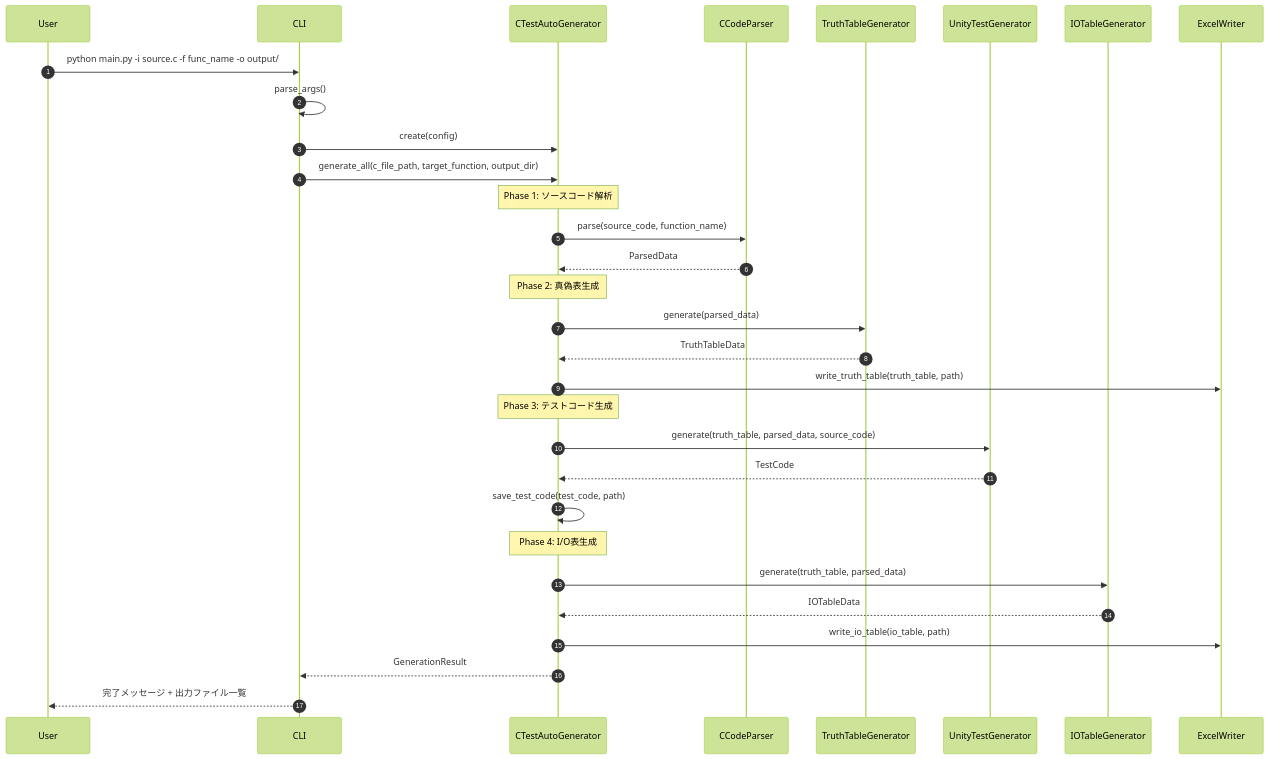
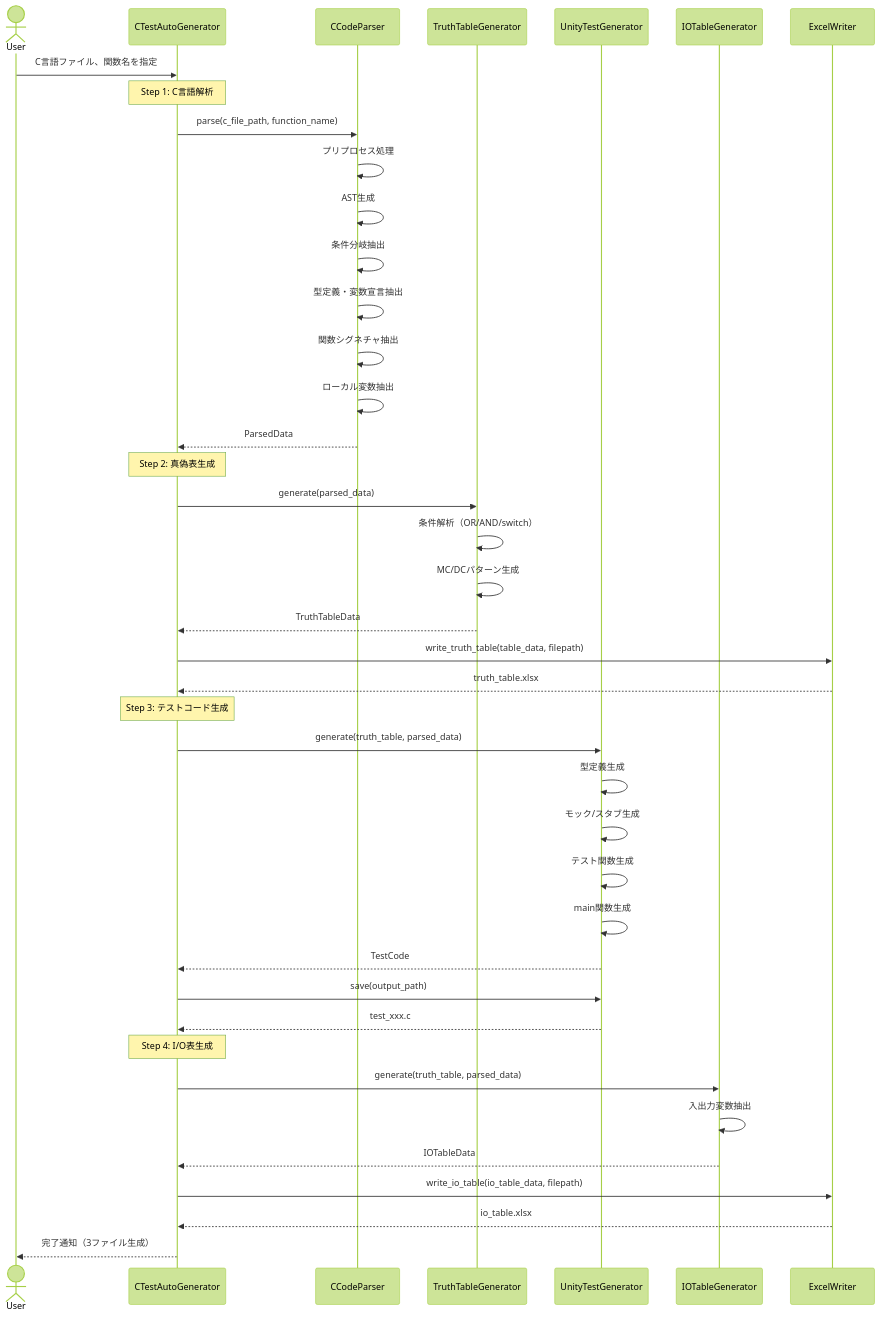
One commit to ryu5791/AutoUniTestGen changed the first of 8 diagrams in doc/design_sequence_diagram.md. Above: the diagram before and after it, drawn with Mermaid (forest theme). The commit also changed other lines of this file and 5 other files, not shown here.

````diff
--- a/doc/design_sequence_diagram.md
+++ b/doc/design_sequence_diagram.md
@@ -10,39 +5,52 @@
 ```mermaid
 sequenceDiagram
-    autonumber
-    participant User
-    participant CLI
-    participant Generator as CTestAutoGenerator
+    actor User
+    participant Main as CTestAutoGenerator
     participant Parser as CCodeParser
-    participant TruthGen as TruthTableGenerator
+    participant TruthTable as TruthTableGenerator
     participant TestGen as UnityTestGenerator
-    participant IOGen as IOTableGenerator
+    participant IOTable as IOTableGenerator
     participant Excel as ExcelWriter
+
+    User->>Main: C言語ファイル、関数名を指定
     
-    User->>CLI: python main.py -i source.c -f func_name -o output/
-    CLI->>CLI: parse_args()
-    CLI->>Generator: create(config)
-    CLI->>Generator: generate_all(c_file_path, target_function, output_dir)
+    Note over Main: Step 1: C言語解析
+    Main->>Parser: parse(c_file_path, function_name)
+    Parser->>Parser: プリプロセス処理
+    Parser->>Parser: AST生成
+    Parser->>Parser: 条件分岐抽出
+    Parser->>Parser: 型定義・変数宣言抽出
+    Parser->>Parser: 関数シグネチャ抽出
+    Parser->>Parser: ローカル変数抽出
+    Parser-->>Main: ParsedData
     
-    Note over Generator: Phase 1: ソースコード解析
-    Generator->>Parser: parse(source_code, function_name)
-    Parser-->>Generator: ParsedData
+    Note over Main: Step 2: 真偽表生成
+    Main->>TruthTable: generate(parsed_data)
+    TruthTable->>TruthTable: 条件解析（OR/AND/switch）
+    TruthTable->>TruthTable: MC/DCパターン生成
+    TruthTable-->>Main: TruthTableData
     
-    Note over Generator: Phase 2: 真偽表生成
-    Generator->>TruthGen: generate(parsed_data)
-    TruthGen-->>Generator: TruthTableData
-    Generator->>Excel: write_truth_table(truth_table, path)
+    Main->>Excel: write_truth_table(table_data, filepath)
+    Excel-->>Main: truth_table.xlsx
     
-    Note over Generator: Phase 3: テストコード生成
-    Generator->>TestGen: generate(truth_table, parsed_data, source_code)
-    TestGen-->>Generator: TestCode
-    Generator->>Generator: save_test_code(test_code, path)
+    Note over Main: Step 3: テストコード生成
+    Main->>TestGen: generate(truth_table, parsed_data)
+    TestGen->>TestGen: 型定義生成
+    TestGen->>TestGen: モック/スタブ生成
+    TestGen->>TestGen: テスト関数生成
+    TestGen->>TestGen: main関数生成
+    TestGen-->>Main: TestCode
     
-    Note over Generator: Phase 4: I/O表生成
-    Generator->>IOGen: generate(truth_table, parsed_data)
-    IOGen-->>Generator: IOTableData
-    Generator->>Excel: write_io_table(io_table, path)
+    Main->>TestGen: save(output_path)
+    TestGen-->>Main: test_xxx.c
     
-    Generator-->>CLI: GenerationResult
-    CLI-->>User: 完了メッセージ + 出力ファイル一覧
+    Note over Main: Step 4: I/O表生成
+    Main->>IOTable: generate(truth_table, parsed_data)
+    IOTable->>IOTable: 入出力変数抽出
+    IOTable-->>Main: IOTableData
+    
+    Main->>Excel: write_io_table(io_table_data, filepath)
+    Excel-->>Main: io_table.xlsx
+    
+    Main-->>User: 完了通知（3ファイル生成）
 ```
````
